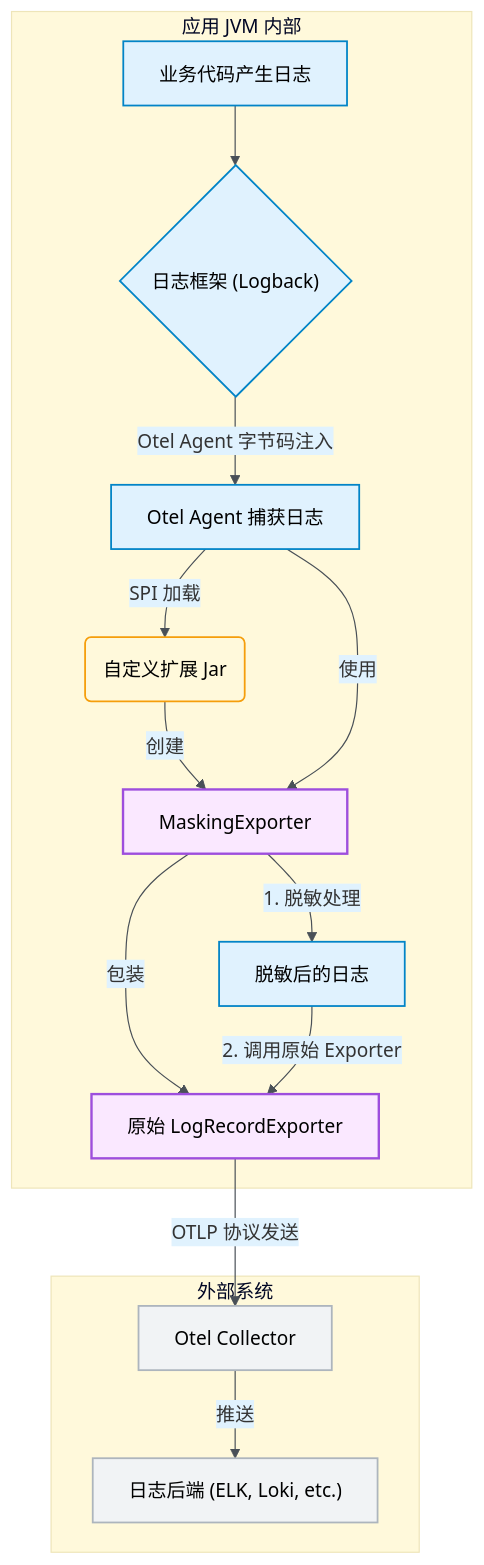
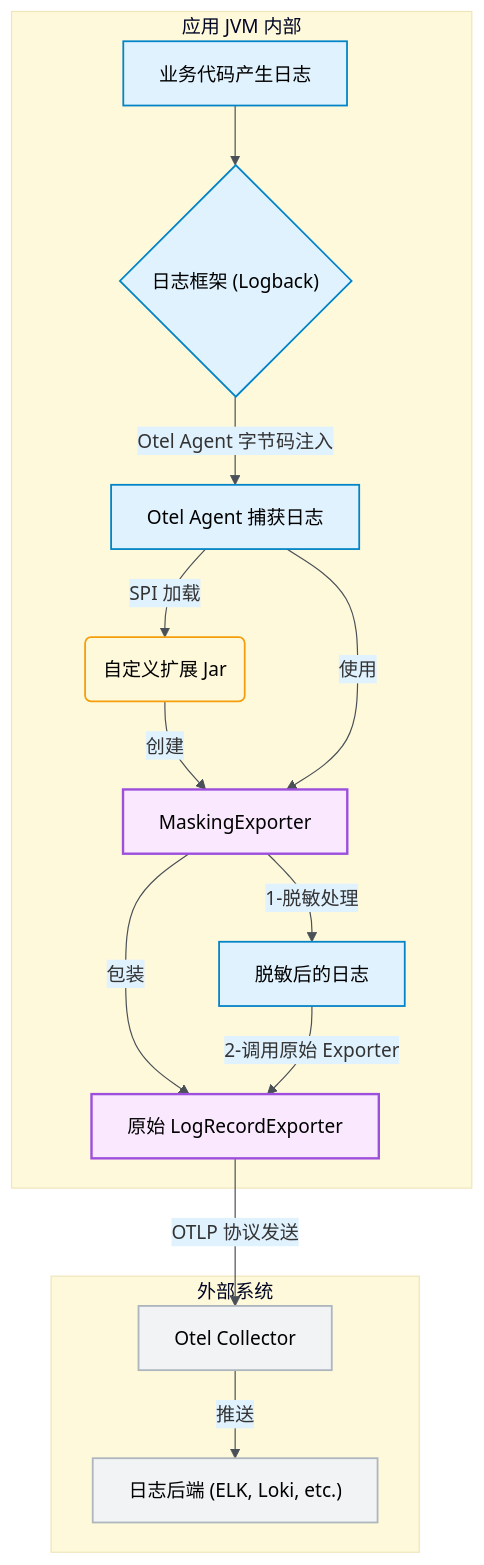
The first of 2 diagrams in content/posts/20250702-opentelemetry.md (dreamkidd/dreamkidd.github.io), drawn with Mermaid before and after one commit.

Commit message:
fix mermaid format

````diff
--- a/content/posts/20250702-opentelemetry.md
+++ b/content/posts/20250702-opentelemetry.md
@@ -58,29 +58,29 @@
 ```mermaid
 %%{init: {'theme': 'base', 'themeVariables': { 'primaryColor': '#f8f9fa', 'primaryTextColor': '#333', 'lineColor': '#495057', 'secondaryColor': '#e0f2fe', 'tertiaryColor': '#fff9db'}}}%%
 graph TD
     subgraph "应用 JVM 内部"
         A["业务代码产生日志"] --> B{"日志框架 (Logback)"}
         B -->|"Otel Agent 字节码注入"| C["Otel Agent 捕获日志"]
         C -->|"SPI 加载"| D("自定义扩展 Jar")
         D -->|"创建"| E["MaskingExporter"]
         E -->|"包装"| F["原始 LogRecordExporter"]
         C -->|"使用"| E
-        E -->|"1. 脱敏处理"| G["脱敏后的日志"]
-        G -->|"2. 调用原始 Exporter"| F
+        E -->|"1-脱敏处理"| G["脱敏后的日志"]
+        G -->|"2-调用原始 Exporter"| F
     end
 
     subgraph "外部系统"
         F -->|"OTLP 协议发送"| H["Otel Collector"]
         H -->|"推送"| I["日志后端 (ELK, Loki, etc.)"]
     end
 
     classDef process fill:#e0f2fe,stroke:#0284c7,stroke-width:1.5px,color:#000
     classDef artifact fill:#fff9db,stroke:#f59e0b,stroke-width:1.5px,color:#000
     classDef external fill:#f1f3f5,stroke:#adb5bd,stroke-width:1.5px,color:#000
     classDef custom fill:#fae8ff,stroke:#9d4edd,stroke-width:2px,color:#000
 
     class A,B,C,G process
     class D artifact
     class H,I external
     class E,F custom
 ```
````
